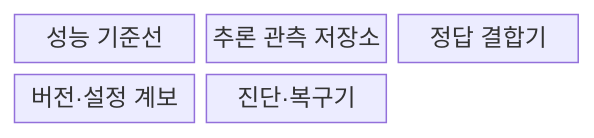
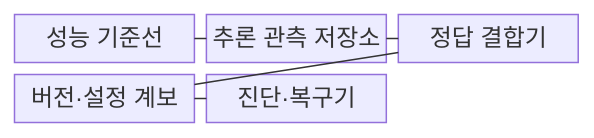
Before and after one commit to agnusdei1207/knowledge-base: the first of 2 diagrams in src/content/docs/notes/08-latest-tech/136_model_drift.md, drawn with Mermaid. The commit also changed other lines of this file and 228 other files, not shown here.

````diff
--- a/src/content/docs/notes/08-latest-tech/136_model_drift.md
+++ b/src/content/docs/notes/08-latest-tech/136_model_drift.md
@@ -49,9 +49,13 @@
 ```mermaid
 block-beta
     columns 3
     B["성능 기준선"]
     L["추론 관측 저장소"]
     G["정답 결합기"]
     V["버전·설정 계보"]
     R["진단·복구기"]
+    B --- L
+    L --- G
+    G --- V
+    V --- R
 ```
````
